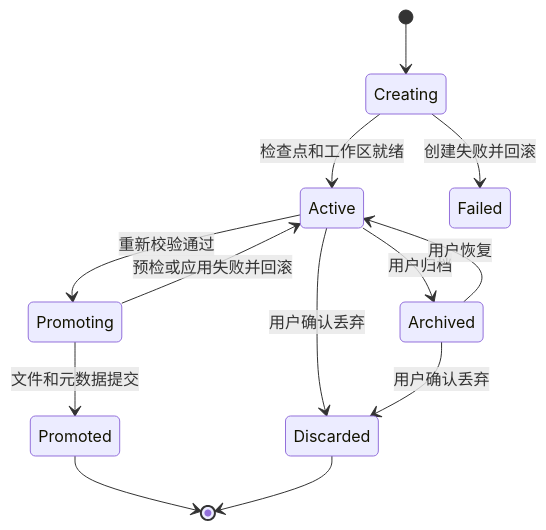
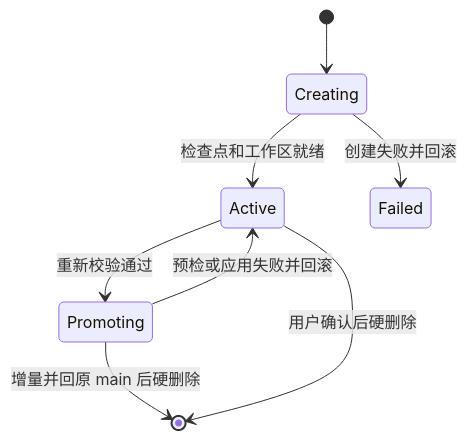
The diagram in docs/superpowers/specs/2026-08-09-exploration-branches-design.md (imbigfly/SuperScience), drawn with Mermaid before and after one commit. The commit also changed other lines of this file and 47 other files, not shown here.

````diff
--- a/docs/superpowers/specs/2026-08-09-exploration-branches-design.md
+++ b/docs/superpowers/specs/2026-08-09-exploration-branches-design.md
@@ -43,15 +43,10 @@
 ```mermaid
 stateDiagram-v2
     [*] --> Creating
     Creating --> Active: 检查点和工作区就绪
     Creating --> Failed: 创建失败并回滚
-    Active --> Archived: 用户归档
-    Archived --> Active: 用户恢复
     Active --> Promoting: 重新校验通过
-    Promoting --> Promoted: 文件和元数据提交
+    Promoting --> [*]: 增量并回原 main 后硬删除
     Promoting --> Active: 预检或应用失败并回滚
-    Active --> Discarded: 用户确认丢弃
-    Archived --> Discarded: 用户确认丢弃
-    Promoted --> [*]
-    Discarded --> [*]
+    Active --> [*]: 用户确认后硬删除
 ```
````
